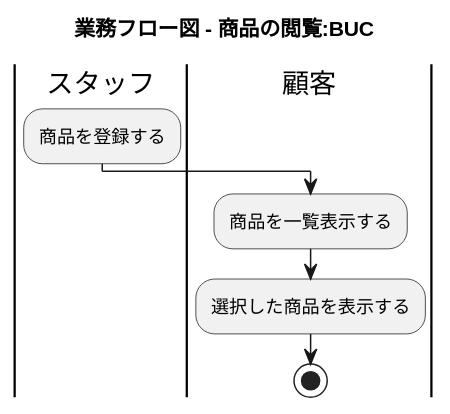
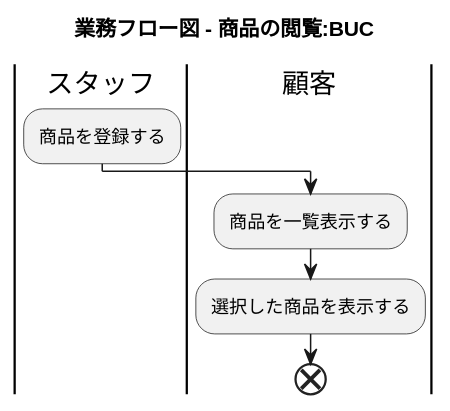
The eighth of 21 diagrams in docs/index.adoc (k2works/application_programing_excercise_2022), drawn with PlantUML before and after one commit. The commit also changed other lines of this file, not shown here.

```diff
--- a/docs/index.adoc
+++ b/docs/index.adoc
@@ -322,17 +319,17 @@
 [plantuml]
 ----
 @startuml
 
 title 業務フロー図 - 商品の閲覧:BUC
 
 |スタッフ|
 :商品を登録する;
 
 |顧客|
 :商品を一覧表示する;
 :選択した商品を表示する;
 
-stop
+end
 
 @enduml
 ----
```
